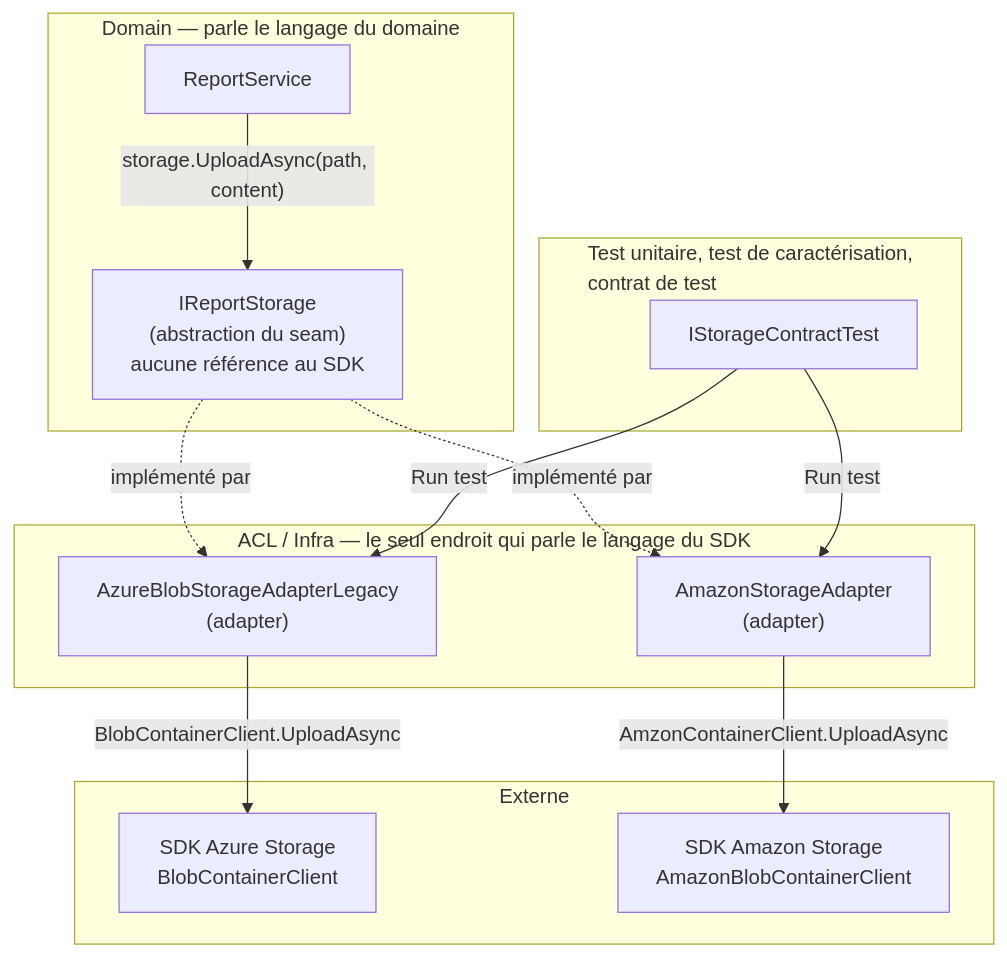
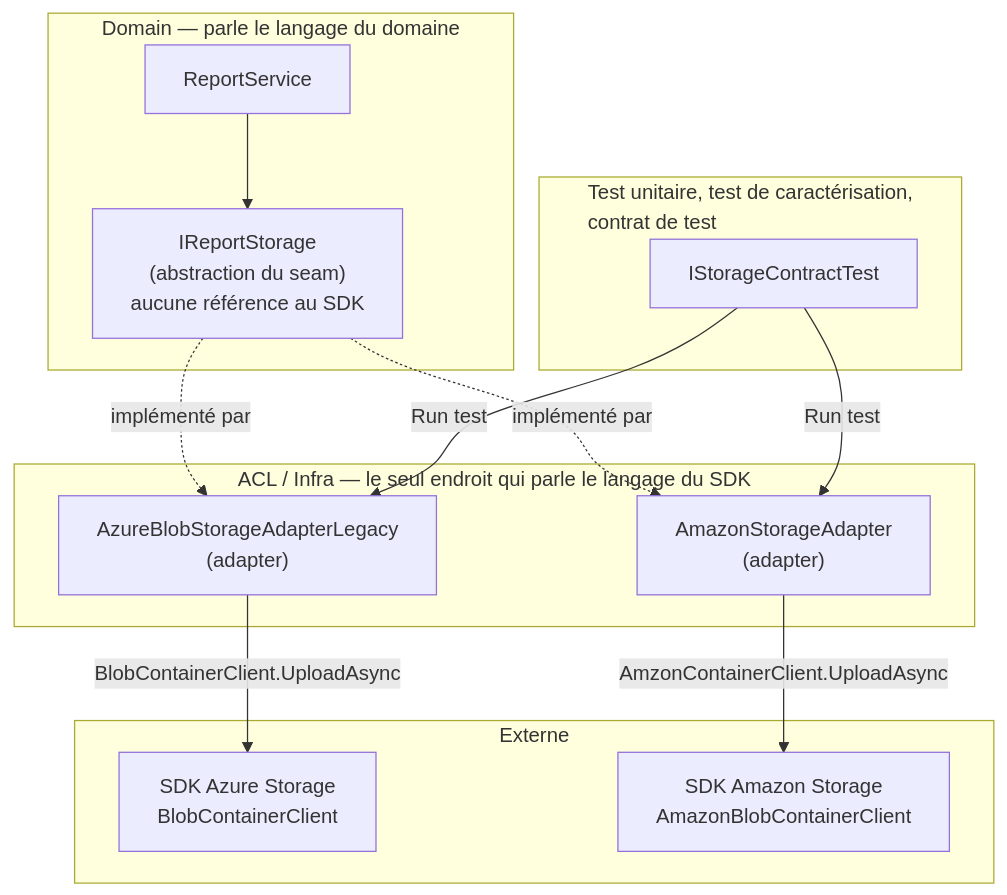
Before and after one commit to nono26/MeetupNugetDependence: the third of 4 diagrams in 4.migration/readme.md, drawn with Mermaid. The commit also changed other lines of this file and 3 other files, not shown here.

````diff
--- a/4.migration/readme.md
+++ b/4.migration/readme.md
@@ -49,32 +49,32 @@
 ```mermaid
     flowchart TB
     subgraph domain["Domain — parle le langage du domaine"]
         RS["ReportService"]
         IRS["IReportStorage<br/>(abstraction du seam)<br/>aucune référence au SDK"]
     end
 
     subgraph acl["ACL / Infra — le seul endroit qui parle le langage du SDK"]
         ADP["AzureBlobStorageAdapterLegacy<br/>(adapter)"]
         SNI["AmazonStorageAdapter<br/>(adapter)"]
     end
 
 
     subgraph Test["Test unitaire, test de caractérisation,<br>contrat de test"]
         IStorageContractTest
     end
 
     subgraph ext["Externe"]
         SDK["SDK Azure Storage<br/>BlobContainerClient"]
         SDKA["SDK Amazon Storage<br/>AmazonBlobContainerClient"]
     end
 
-    RS -->|"storage.UploadAsync(path, content)"| IRS
+    RS -->IRS
     IRS -.->|"implémenté par"| ADP
     IRS -.->|"implémenté par"| SNI
     ADP -->|"BlobContainerClient.UploadAsync"| SDK
     SNI -->|"AmzonContainerClient.UploadAsync"| SDKA
 
     IStorageContractTest -->|"Run test"| ADP
     IStorageContractTest -->|"Run test"| SNI
 
 ```
````
